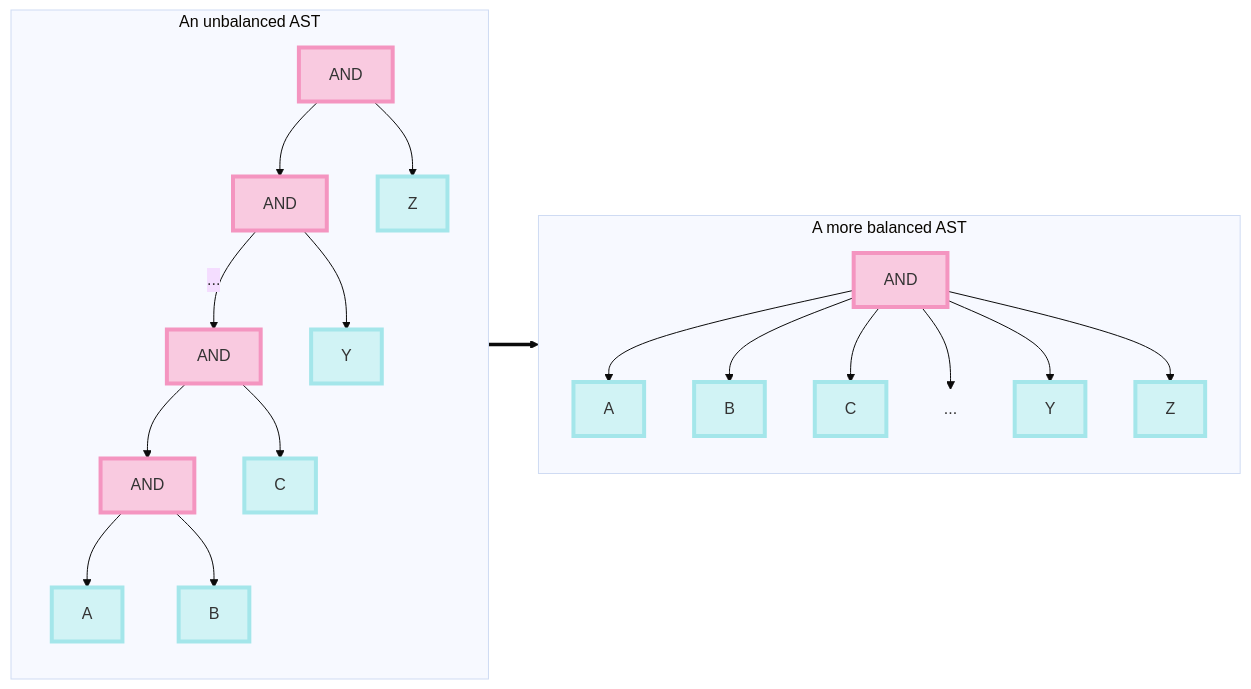
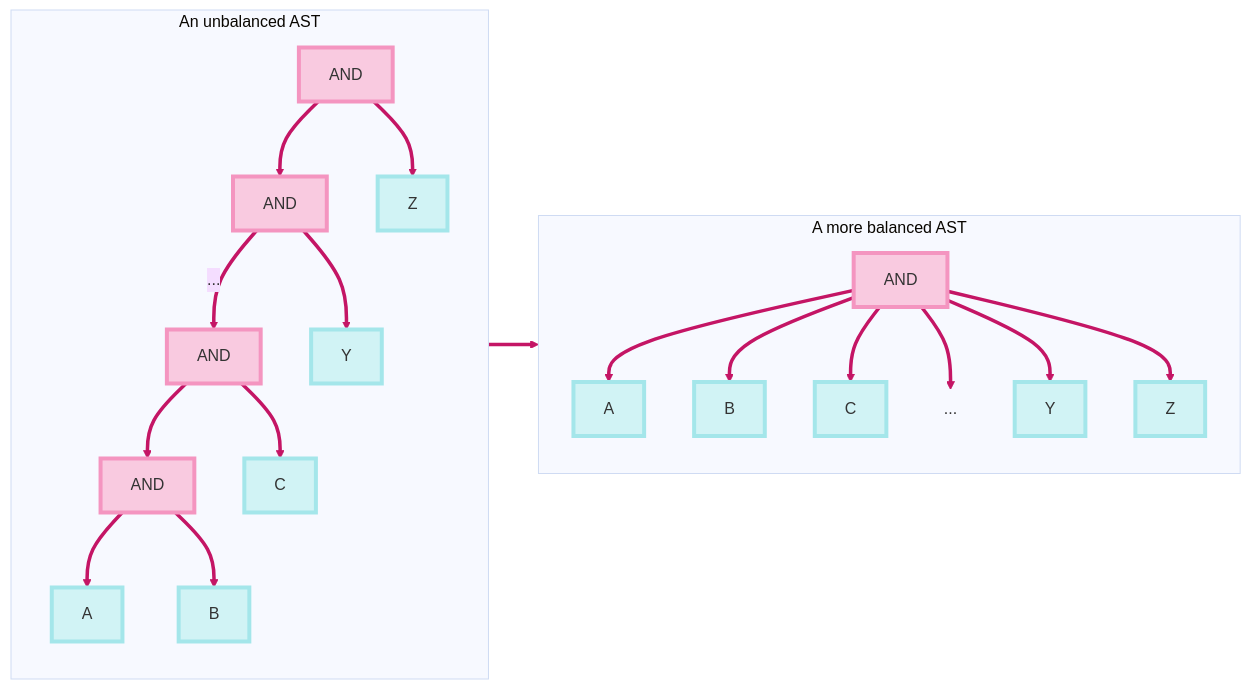
One commit to ScottLogic/blog changed the fifth of 5 diagrams in _posts/2025-08-08-custom-query-language-antlr-elasticsearch.md. Above: the diagram before and after it, drawn with Mermaid. The commit also changed other lines of this file, not shown here.

Commit message:
Improve accessibility of diagrams by giving unique IDs

```diff
--- a/_posts/2025-08-08-custom-query-language-antlr-elasticsearch.md
+++ b/_posts/2025-08-08-custom-query-language-antlr-elasticsearch.md
@@ -383,56 +387,57 @@
 <pre class="mermaid" style="text-align:center">
 ---
 config:
   theme: base
   themeVariables:
     fontFamily: 'Menlo, Monaco, Consolas, Courier New, monospace'
 ---
 flowchart LR
 
-subgraph S1["An unbalanced AST"]
+subgraph unbalanced["An unbalanced AST"]
   direction TB
-  A[AND]
 
-  B[AND]
-  C[Z]
+  and1[AND]
 
-  D[AND]
-  E[Y]
+  and2[AND]
+  letterZ1[Z]
 
-  F[AND]
-  G[C]
+  and3[AND]
+  letterY1[Y]
 
-  H[A]
-  I[B]
+  and4[AND]
+  letterC1[C]
 
-  A --> B & C
-  B -->|...| D
-  B --> E
-  D --> F & G
-  F --> H & I
+  letterA1[A]
+  letterB1[B]
+
+  and1 ==> and2 & letterZ1
+  and2 ==>|...| and3
+  and2 ==> letterY1
+  and3 ==> and4 & letterC1
+  and4 ==> letterA1 & letterB1
 end
 
-subgraph S2["A more balanced AST"]
+subgraph balanced["A more balanced AST"]
   direction TB
-  U1[AND]
-  A1[A]
-  B1[B]
-  C1[C]
-  E1@{ shape: text, label: "..." }
-  Y1[Y]
-  Z1[Z]
 
-  U1 --> A1 & B1 & C1 & E1 & Y1 & Z1
+  and5[AND]
+  letterA2[A]
+  letterB2[B]
+  letterC2[C]
+  ellipsis@{ shape: text, label: "..." }
+  letterY2[Y]
+  letterZ2[Z]
+
+  and5 ==> letterA2 & letterB2 & letterC2 & ellipsis & letterY2 & letterZ2
 end
 
-S1 ==> S2
+unbalanced ==> balanced
 
-
-class A,B,C,D,F,U1 operator
-class C,E,G,H,I,A1,B1,C1,Y1,Z1 token
-
-%% linkStyle default stroke:#c41565
+class and1,and2,and3,and4,and5 operator
+class letterA1,letterB1,letterC1,letterY1,letterZ1,letterA2,letterB2,letterC2,letterY2,letterZ2 token
 
 classDef operator fill:#f9cae0,stroke:#f495c0,stroke-width:4px
 classDef token fill:#d1f3f5,stroke:#a4e6ea,stroke-width:4px
+
+linkStyle default stroke:#c41565
 </pre>
```
